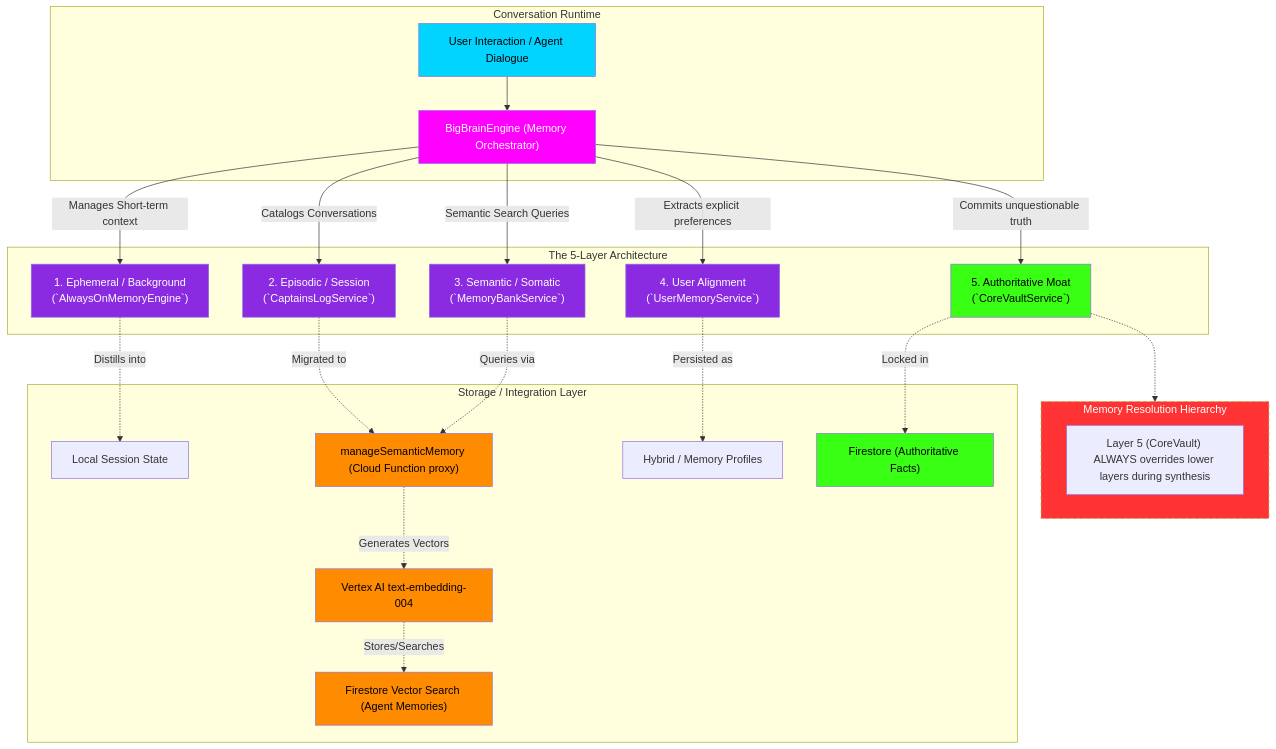
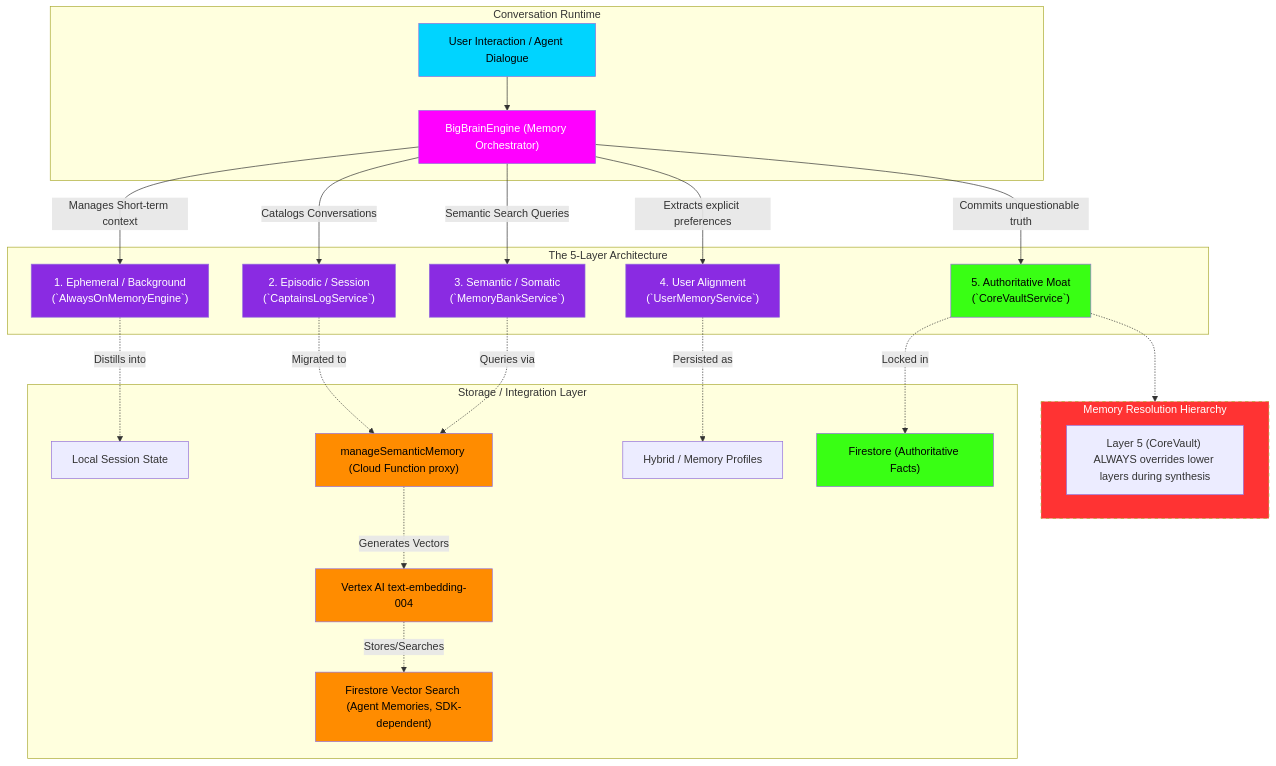
Before and after one commit to indii-music-founder/indii-music-founder: the diagram in docs/flowcharts/big-brain-memory-engine.md, drawn with Mermaid. The commit also changed other lines of this file and 37 other files, not shown here.

````diff
--- a/docs/flowcharts/big-brain-memory-engine.md
+++ b/docs/flowcharts/big-brain-memory-engine.md
@@ -5,67 +5,67 @@
 ```mermaid
 graph TD
     %% Entry Layer
     subgraph Conversation ["Conversation Runtime"]
         Interaction["User Interaction / Agent Dialogue"]
         Orchestrator["BigBrainEngine (Memory Orchestrator)"]
     end
 
     %% The 5 Memory Layers
     subgraph MemoryLayers ["The 5-Layer Architecture"]
         Layer1["1. Ephemeral / Background<br/>(`AlwaysOnMemoryEngine`)"]
         Layer2["2. Episodic / Session<br/>(`CaptainsLogService`)"]
         Layer3["3. Semantic / Somatic<br/>(`MemoryBankService`)"]
         Layer4["4. User Alignment<br/>(`UserMemoryService`)"]
         Layer5["5. Authoritative Moat<br/>(`CoreVaultService`)"]
     end
 
     %% Storage Backends
     subgraph Storage ["Storage / Integration Layer"]
         SessionState["Local Session State"]
         FirebaseCallable["manageSemanticMemory (Cloud Function proxy)"]
         VertexEmbeddings["Vertex AI text-embedding-004"]
-        FirestoreVector["Firestore Vector Search (Agent Memories)"]
+        FirestoreVector["Firestore Vector Search (Agent Memories, SDK-dependent)"]
         Hybrid["Hybrid / Memory Profiles"]
         Firestore["Firestore (Authoritative Facts)"]
     end
 
     %% Transitions
     Interaction --> Orchestrator
     
     Orchestrator -->|"Manages Short-term context"| Layer1
     Orchestrator -->|"Catalogs Conversations"| Layer2
     Orchestrator -->|"Semantic Search Queries"| Layer3
     Orchestrator -->|"Extracts explicit preferences"| Layer4
     Orchestrator -->|"Commits unquestionable truth"| Layer5
 
     Layer1 -.->|"Distills into"| SessionState
     Layer2 -.->|"Migrated to"| FirebaseCallable
     Layer3 -.->|"Queries via"| FirebaseCallable
     FirebaseCallable -.->|"Generates Vectors"| VertexEmbeddings
     VertexEmbeddings -.->|"Stores/Searches"| FirestoreVector
     Layer4 -.->|"Persisted as"| Hybrid
     Layer5 -.->|"Locked in"| Firestore
 
     %% Strict Rules
     subgraph Hierarchy ["Memory Resolution Hierarchy"]
         Resolution["Layer 5 (CoreVault) ALWAYS overrides lower layers during synthesis"]
     end
     Layer5 -.-> Hierarchy
 
     %% Styling
     style Interaction fill:#00D4FF,color:#000
     style Orchestrator fill:#FF00FF,color:#FFF
     
     style Layer1 fill:#8A2BE2,color:#FFF
     style Layer2 fill:#8A2BE2,color:#FFF
     style Layer3 fill:#8A2BE2,color:#FFF
     style Layer4 fill:#8A2BE2,color:#FFF
     style Layer5 fill:#39FF14,color:#000
     
     style FirebaseCallable fill:#FF8C00,color:#000
     style VertexEmbeddings fill:#FF8C00,color:#000
     style FirestoreVector fill:#FF8C00,color:#000
     style Firestore fill:#39FF14,color:#000
     
     style Hierarchy fill:#FF3333,color:#FFF,stroke-dasharray: 5 5
 ```
````
